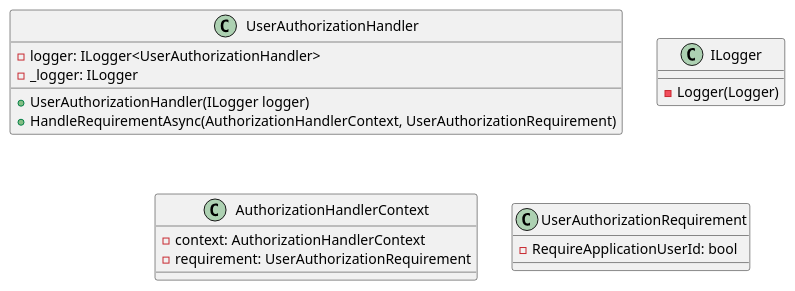
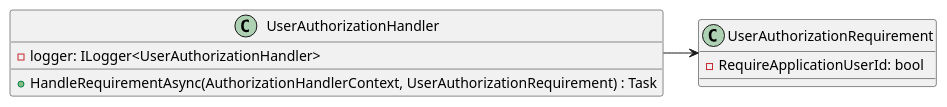
One commit to mwwhited-forks/dotnet-libs changed the diagram in docs/generated/Framework/Eliassen.AspNetCore.Mvc/Authorization/Documentation.md. Above: the diagram before and after it, drawn with PlantUML. The commit also changed other lines of this file and 444 other files, not shown here.

````diff
--- a/docs/generated/Framework/Eliassen.AspNetCore.Mvc/Authorization/Documentation.md
+++ b/docs/generated/Framework/Eliassen.AspNetCore.Mvc/Authorization/Documentation.md
@@ -7,25 +9,14 @@
 ```plantuml
 @startuml
 class UserAuthorizationHandler {
-  - logger: ILogger<UserAuthorizationHandler>
-  - _logger: ILogger
-
-  + UserAuthorizationHandler(ILogger logger)
-  + HandleRequirementAsync(AuthorizationHandlerContext, UserAuthorizationRequirement)
-}
-
-class ILogger {
-  - Logger(Logger)
-}
-
-class AuthorizationHandlerContext {
-  - context: AuthorizationHandlerContext
-  - requirement: UserAuthorizationRequirement
+    - logger: ILogger<UserAuthorizationHandler>
+    + HandleRequirementAsync(AuthorizationHandlerContext, UserAuthorizationRequirement) : Task
 }
 
 class UserAuthorizationRequirement {
-  - RequireApplicationUserId: bool
+    - RequireApplicationUserId: bool
 }
 
+UserAuthorizationHandler -> UserAuthorizationRequirement
 @enduml
 ```
````
